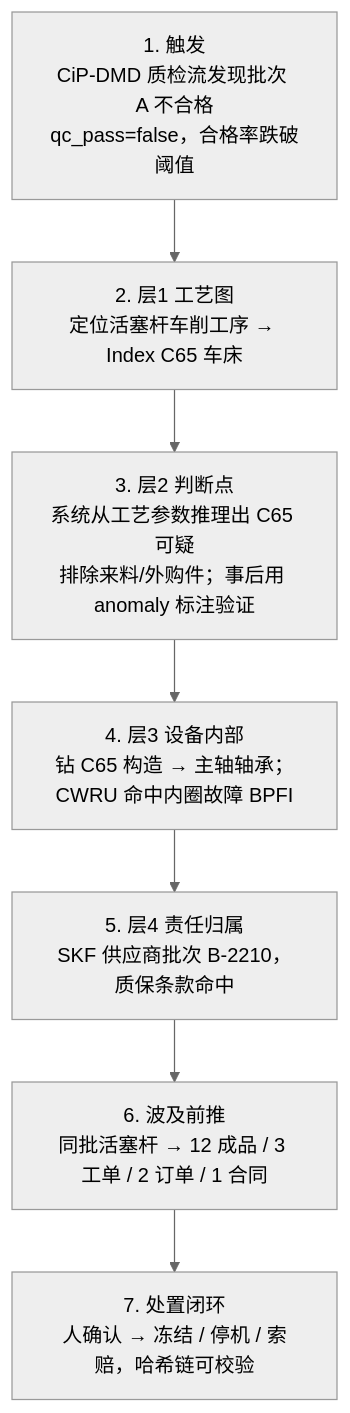
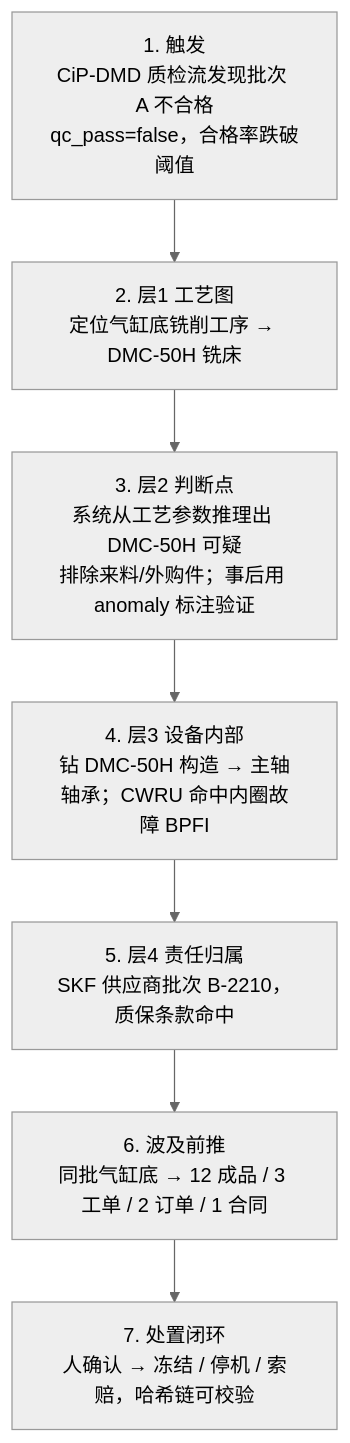
One commit to Alex-Fleet/GOAI-Project changed the second of 10 diagrams in docs/prd/goai-quality-agent-prd.md. Above: the diagram before and after it, drawn with Mermaid (neutral theme). The commit also changed other lines of this file, not shown here.

Commit message:
PRD：故事改为通用方法层，demo 主线实例换 DMC-50H 铣床

````diff
--- a/docs/prd/goai-quality-agent-prd.md
+++ b/docs/prd/goai-quality-agent-prd.md
@@ -72,9 +76,9 @@
 ```mermaid
 flowchart TD
-    S1["1. 触发<br/>CiP-DMD 质检流发现批次 A 不合格<br/>qc_pass=false，合格率跌破阈值"] --> S2["2. 层1 工艺图<br/>定位活塞杆车削工序 → Index C65 车床"]
-    S2 --> S3["3. 层2 判断点<br/>系统从工艺参数推理出 C65 可疑<br/>排除来料/外购件；事后用 anomaly 标注验证"]
-    S3 --> S4["4. 层3 设备内部<br/>钻 C65 构造 → 主轴轴承；CWRU 命中内圈故障 BPFI"]
+    S1["1. 触发<br/>CiP-DMD 质检流发现批次 A 不合格<br/>qc_pass=false，合格率跌破阈值"] --> S2["2. 层1 工艺图<br/>定位气缸底铣削工序 → DMC-50H 铣床"]
+    S2 --> S3["3. 层2 判断点<br/>系统从工艺参数推理出 DMC-50H 可疑<br/>排除来料/外购件；事后用 anomaly 标注验证"]
+    S3 --> S4["4. 层3 设备内部<br/>钻 DMC-50H 构造 → 主轴轴承；CWRU 命中内圈故障 BPFI"]
     S4 --> S5["5. 层4 责任归属<br/>SKF 供应商批次 B-2210，质保条款命中"]
-    S5 --> S6["6. 波及前推<br/>同批活塞杆 → 12 成品 / 3 工单 / 2 订单 / 1 合同"]
+    S5 --> S6["6. 波及前推<br/>同批气缸底 → 12 成品 / 3 工单 / 2 订单 / 1 合同"]
     S6 --> S7["7. 处置闭环<br/>人确认 → 冻结 / 停机 / 索赔，哈希链可校验"]
 ```
````
